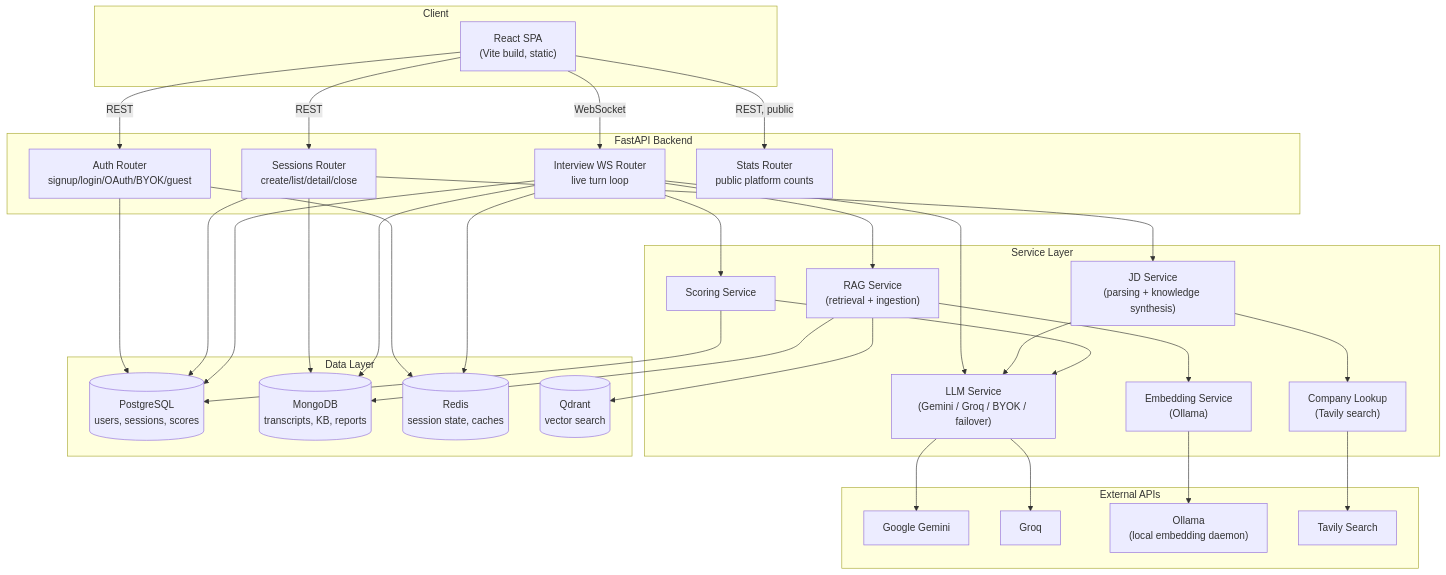
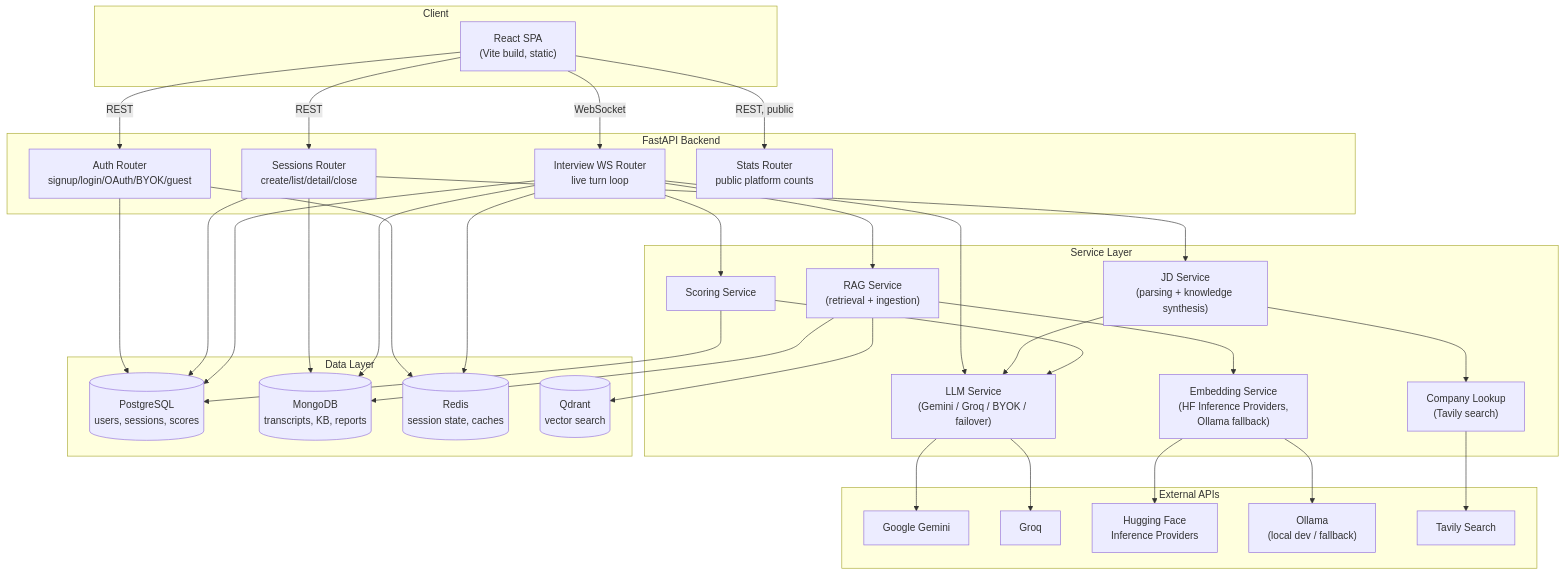
Before and after one commit to VMRT-India/interview-bot: the first of 4 diagrams in docs/HLD.md, drawn with Mermaid. The commit also changed other lines of this file and 1 other file, not shown here.

Commit message:
Fix remaining stale Ollama-only embedding references; extend stack summary with Phase 12

````diff
--- a/docs/HLD.md
+++ b/docs/HLD.md
@@ -13,65 +13,67 @@
 ```mermaid
 graph TB
     subgraph Client
         SPA["React SPA<br/>(Vite build, static)"]
     end
 
     subgraph Backend["FastAPI Backend"]
         AUTH["Auth Router<br/>signup/login/OAuth/BYOK/guest"]
         SESS["Sessions Router<br/>create/list/detail/close"]
         WS["Interview WS Router<br/>live turn loop"]
         STATS["Stats Router<br/>public platform counts"]
     end
 
     subgraph Services["Service Layer"]
         LLM["LLM Service<br/>(Gemini / Groq / BYOK / failover)"]
         RAG["RAG Service<br/>(retrieval + ingestion)"]
         JD["JD Service<br/>(parsing + knowledge synthesis)"]
         SCORE["Scoring Service"]
-        EMB["Embedding Service<br/>(Ollama)"]
+        EMB["Embedding Service<br/>(HF Inference Providers,<br/>Ollama fallback)"]
         LOOKUP["Company Lookup<br/>(Tavily search)"]
     end
 
     subgraph Data["Data Layer"]
         PG[("PostgreSQL<br/>users, sessions, scores")]
         MONGO[("MongoDB<br/>transcripts, KB, reports")]
         REDIS[("Redis<br/>session state, caches")]
         QDRANT[("Qdrant<br/>vector search")]
     end
 
     subgraph External["External APIs"]
         GEMINI["Google Gemini"]
         GROQ["Groq"]
-        OLLAMA["Ollama<br/>(local embedding daemon)"]
+        HF["Hugging Face<br/>Inference Providers"]
+        OLLAMA["Ollama<br/>(local dev / fallback)"]
         TAVILY["Tavily Search"]
     end
 
     SPA -->|REST| AUTH
     SPA -->|REST| SESS
     SPA -->|WebSocket| WS
     SPA -->|REST, public| STATS
 
     AUTH --> PG
     AUTH --> REDIS
     SESS --> PG
     SESS --> MONGO
     SESS --> JD
     WS --> PG
     WS --> MONGO
     WS --> REDIS
     WS --> RAG
     WS --> LLM
     WS --> SCORE
 
     LLM --> GEMINI
     LLM --> GROQ
     JD --> LLM
     JD --> LOOKUP
     LOOKUP --> TAVILY
     RAG --> QDRANT
     RAG --> MONGO
     RAG --> EMB
+    EMB --> HF
     EMB --> OLLAMA
     SCORE --> PG
     SCORE --> LLM
 ```
````
